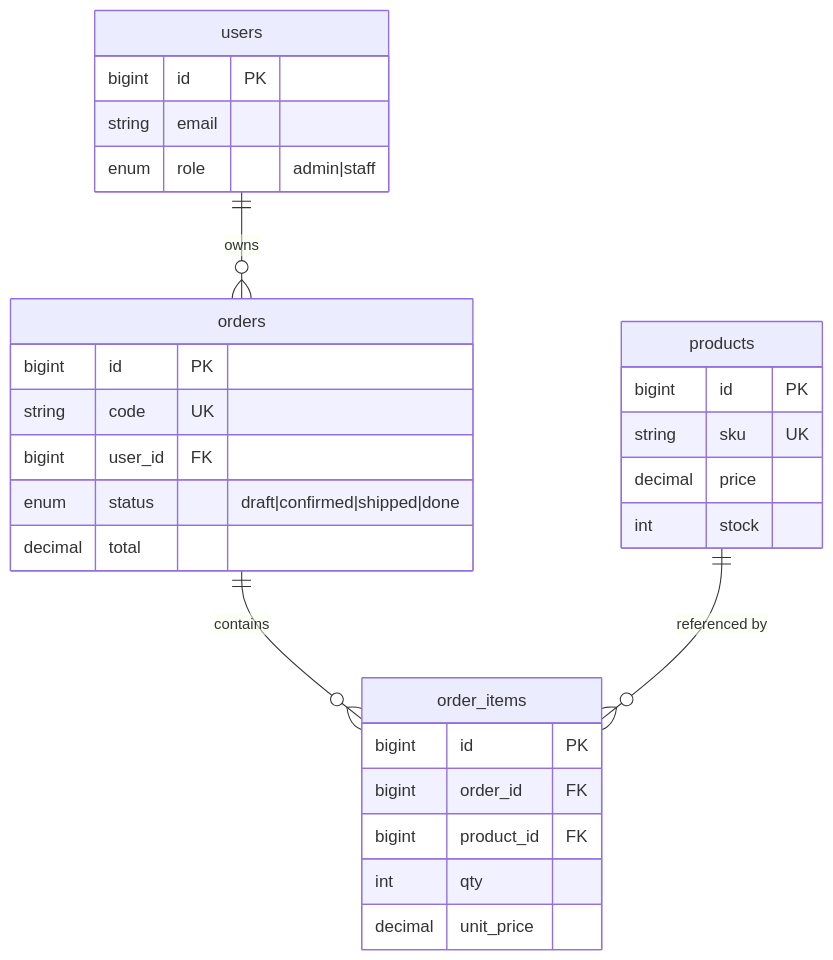
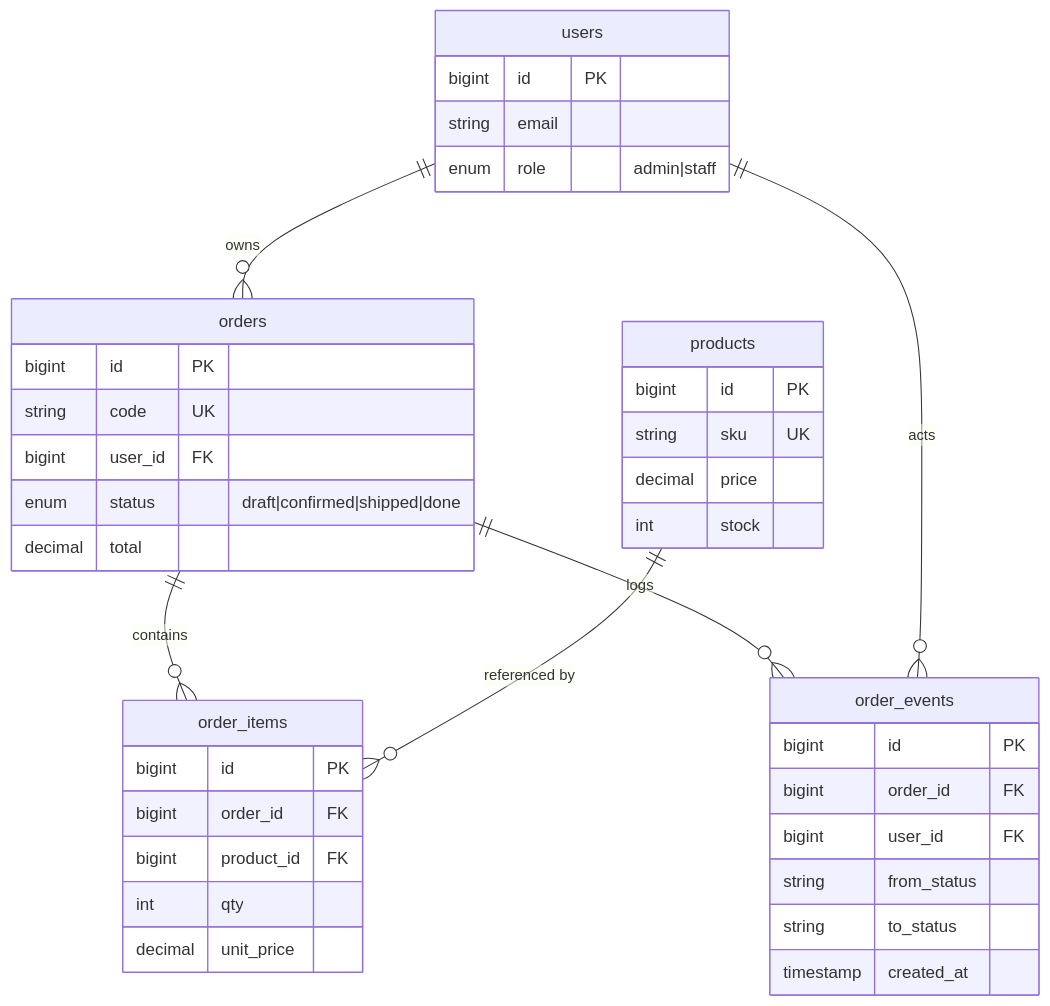
Before and after one commit to abirangers/OrderDesk: the diagram in README.md, drawn with Mermaid. The commit also changed other lines of this file and 7 other files, not shown here.

Commit message:
feat: append-only status history on each order

````diff
--- a/README.md
+++ b/README.md
@@ -47,32 +48,42 @@
 ```mermaid
 erDiagram
     users ||--o{ orders : owns
     orders ||--o{ order_items : contains
     products ||--o{ order_items : "referenced by"
+    orders ||--o{ order_events : logs
+    users ||--o{ order_events : acts
 
     users {
         bigint id PK
         string email
         enum role "admin|staff"
     }
     products {
         bigint id PK
         string sku UK
         decimal price
         int stock
     }
     orders {
         bigint id PK
         string code UK
         bigint user_id FK
         enum status "draft|confirmed|shipped|done"
         decimal total
     }
     order_items {
         bigint id PK
         bigint order_id FK
         bigint product_id FK
         int qty
         decimal unit_price
     }
+    order_events {
+        bigint id PK
+        bigint order_id FK
+        bigint user_id FK
+        string from_status
+        string to_status
+        timestamp created_at
+    }
 ```
````
